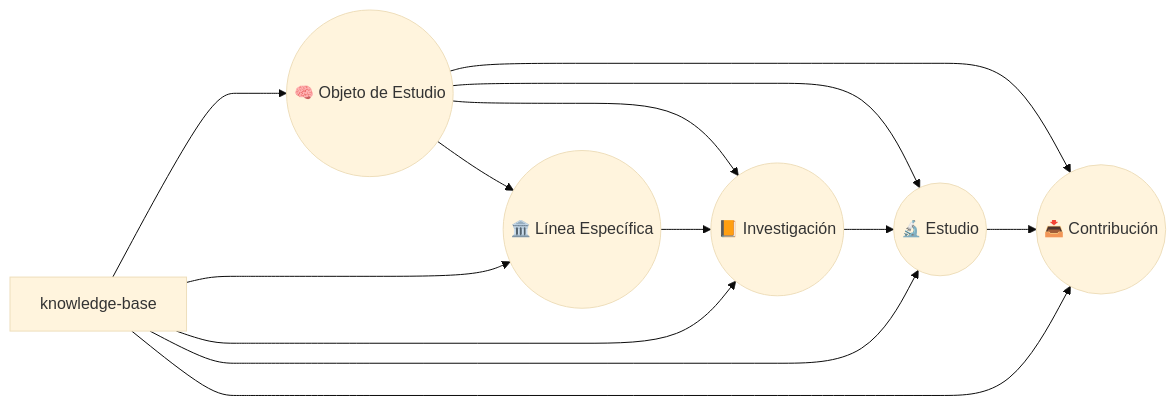
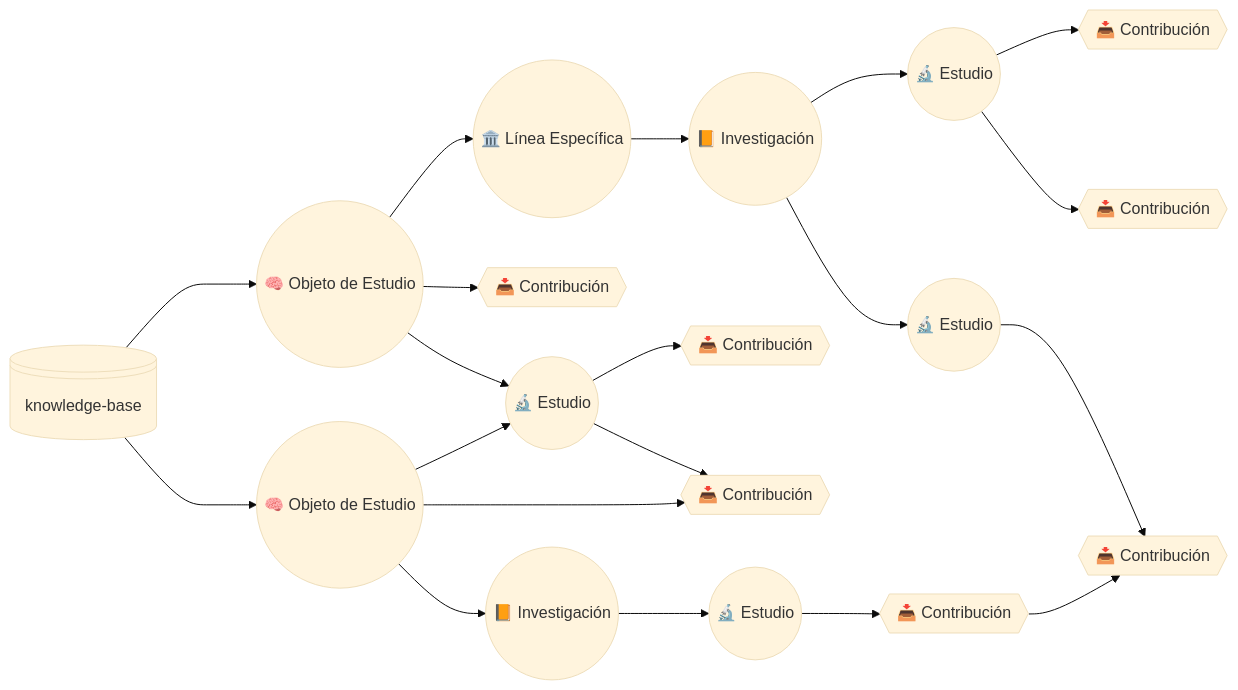
Before and after one commit to JesusFuentesGalindo-DataAnalyst/cognicion: the diagram in knowledge-base/README.md, drawn with Mermaid (base theme).

Commit message:
chore(README): Corrige la representación gráfica de la estructura de nodos de conocimiento

````diff
--- a/knowledge-base/README.md
+++ b/knowledge-base/README.md
@@ -159,15 +159,23 @@
 ```mermaid
 graph LR
-    A[knowledge-base] ---> B((🧠 Objeto de Estudio))
-    A --> C((🏛️ Línea Específica))
-    A --> D((📙 Investigación))
-    A --> E((🔬 Estudio))
-    A --> F((📥 Contribución))
-    B --> F
-    B --> E
-    B --> D
-    B --> C
-    E --> F
-    D --> E
+    A["knowledge-base"] ---> B(("🧠 Objeto de Estudio"))
+    B --> C(("🏛️ Línea Específica")) & n1["📥 Contribución"] & n4(("🔬 Estudio"))
+    E(("🔬 Estudio")) --> F["📥 Contribución"] & n2["📥 Contribución"]
+    D(("📙 Investigación")) --> E & n7(("🔬 Estudio"))
     C --> D
+    n4 --> n3["📥 Contribución"] & n6["📥 Contribución"]
+    A --> n5(("🧠 Objeto de Estudio"))
+    n5 --> n6 & n12(("📙 Investigación")) & n4
+    n7 --> n8["📥 Contribución"]
+    n9(("🔬 Estudio")) --> n10["📥 Contribución"]
+    n12 --> n9
+    n10 --> n8
+    A@{ shape: disk}
+    n1@{ shape: hex}
+    F@{ shape: hex}
+    n2@{ shape: hex}
+    n3@{ shape: hex}
+    n6@{ shape: hex}
+    n8@{ shape: hex}
+    n10@{ shape: hex}
 ```
````
